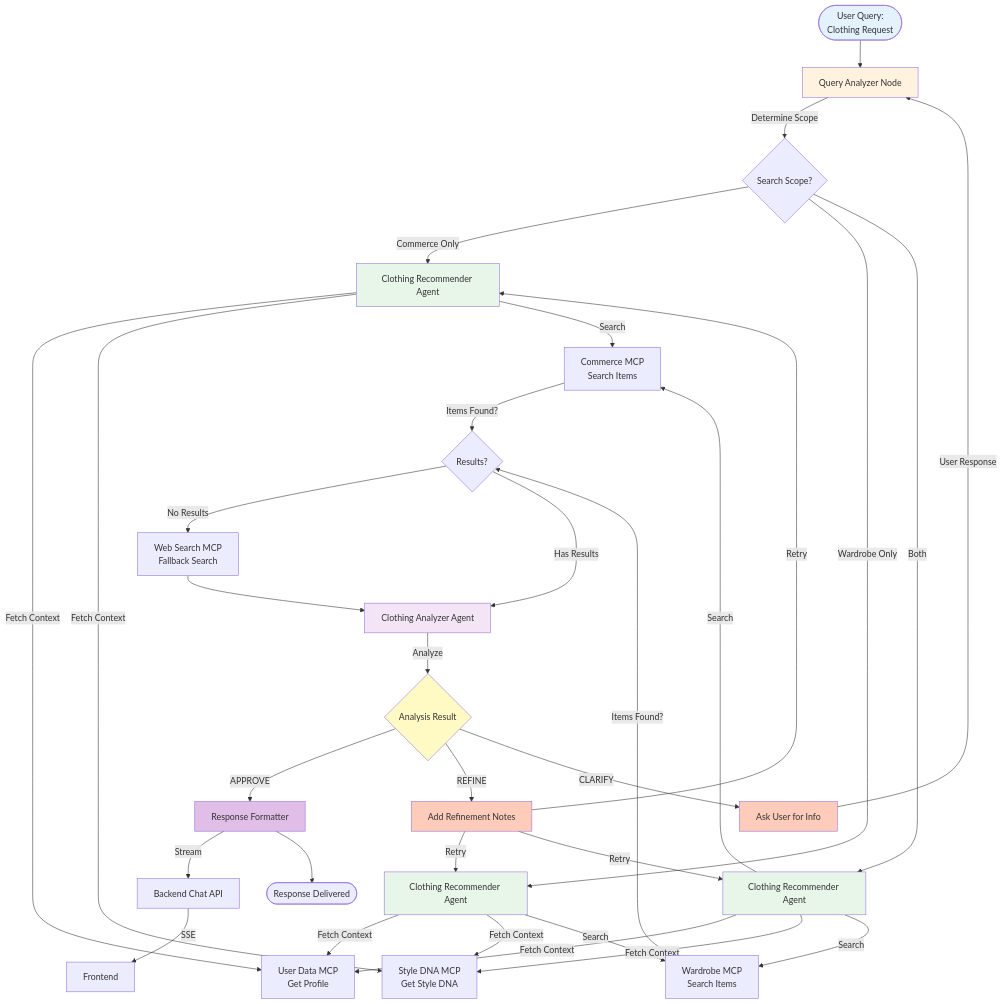
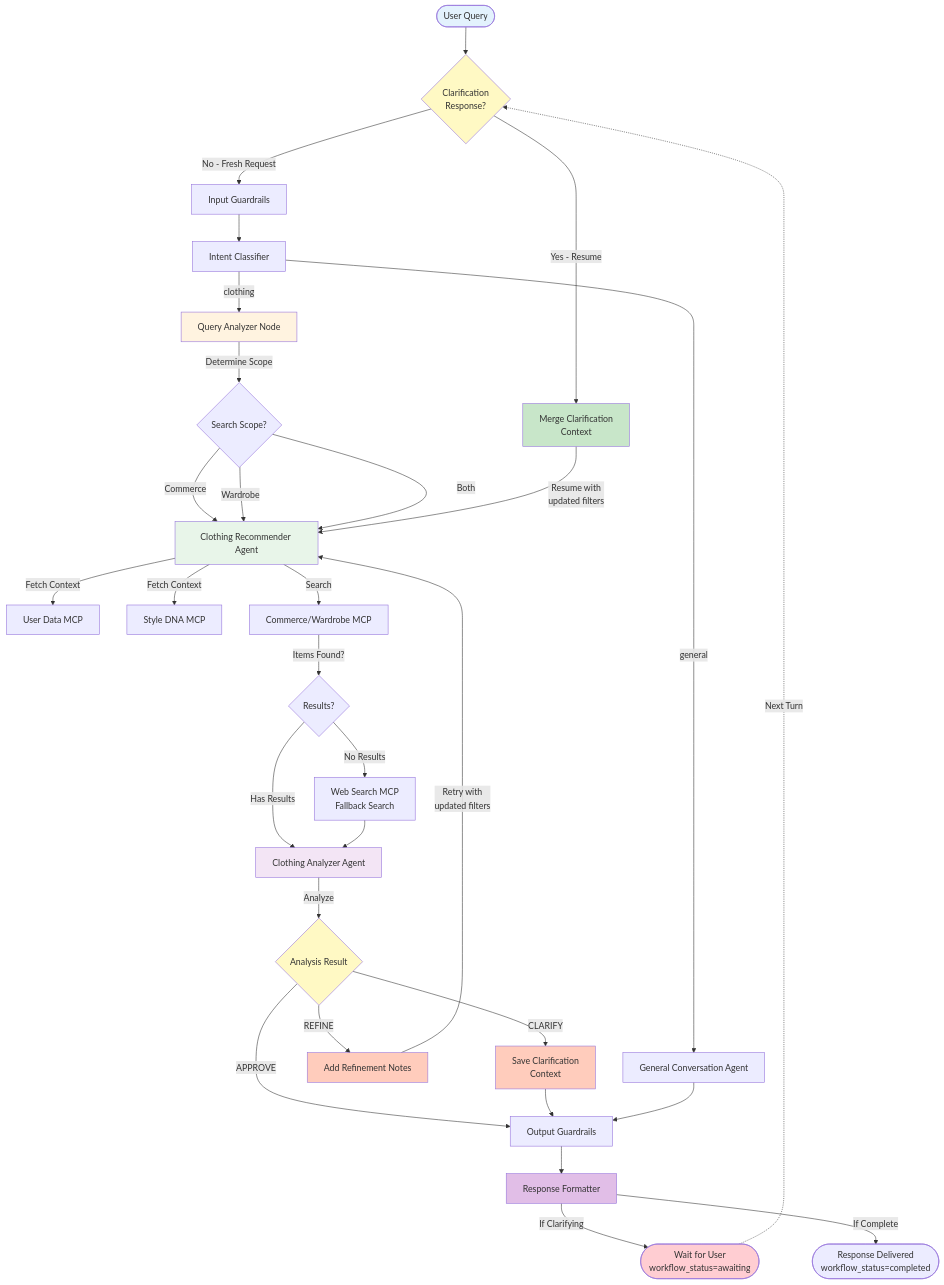
Before and after one commit to brscn2/aesthetiq: the second of 9 diagrams in python_engine/docs/MULTI_AGENT_FLOW_DIAGRAM.md, drawn with Mermaid. The commit also changed other lines of this file and 11 other files, not shown here.

````diff
--- a/python_engine/docs/MULTI_AGENT_FLOW_DIAGRAM.md
+++ b/python_engine/docs/MULTI_AGENT_FLOW_DIAGRAM.md
@@ -85,59 +85,59 @@
 ```mermaid
 graph TB
-    Start([User Query:<br/>Clothing Request]) --> QA[Query Analyzer Node]
+    Start([User Query]) --> CheckClarify{Clarification<br/>Response?}
+    
+    CheckClarify -->|No - Fresh Request| IG[Input Guardrails]
+    CheckClarify -->|Yes - Resume| Merge[Merge Clarification<br/>Context]
+    
+    IG --> IC[Intent Classifier]
+    IC -->|clothing| QA[Query Analyzer Node]
+    IC -->|general| GCA[General Conversation Agent]
     
     QA -->|Determine Scope| Scope{Search Scope?}
     
-    Scope -->|Commerce Only| CRA1[Clothing Recommender Agent]
-    Scope -->|Wardrobe Only| CRA2[Clothing Recommender Agent]
-    Scope -->|Both| CRA3[Clothing Recommender Agent]
+    Scope -->|Commerce| CRA[Clothing Recommender Agent]
+    Scope -->|Wardrobe| CRA
+    Scope -->|Both| CRA
     
-    CRA1 -->|Fetch Context| UD[User Data MCP<br/>Get Profile]
-    CRA1 -->|Fetch Context| SD[Style DNA MCP<br/>Get Style DNA]
-    CRA1 -->|Search| CS[Commerce MCP<br/>Search Items]
+    Merge -->|Resume with<br/>updated filters| CRA
     
-    CRA2 -->|Fetch Context| UD
-    CRA2 -->|Fetch Context| SD
-    CRA2 -->|Search| WS[Wardrobe MCP<br/>Search Items]
+    CRA -->|Fetch Context| UD[User Data MCP]
+    CRA -->|Fetch Context| SD[Style DNA MCP]
+    CRA -->|Search| MCP[Commerce/Wardrobe MCP]
     
-    CRA3 -->|Fetch Context| UD
-    CRA3 -->|Fetch Context| SD
-    CRA3 -->|Search| WS
-    CRA3 -->|Search| CS
-    
-    CS -->|Items Found?| Check1{Results?}
-    WS -->|Items Found?| Check1
+    MCP -->|Items Found?| Check1{Results?}
     
     Check1 -->|No Results| WSS[Web Search MCP<br/>Fallback Search]
     Check1 -->|Has Results| CAA[Clothing Analyzer Agent]
     WSS --> CAA
     
     CAA -->|Analyze| Analysis{Analysis Result}
     
-    Analysis -->|APPROVE| RF[Response Formatter]
+    Analysis -->|APPROVE| OG[Output Guardrails]
     Analysis -->|REFINE| Notes[Add Refinement Notes]
-    Analysis -->|CLARIFY| Ask[Ask User for Info]
+    Analysis -->|CLARIFY| SaveCtx[Save Clarification<br/>Context]
     
-    Notes -->|Retry| CRA1
-    Notes -->|Retry| CRA2
-    Notes -->|Retry| CRA3
+    Notes -->|Retry with<br/>updated filters| CRA
     
-    Ask -->|User Response| QA
+    SaveCtx --> OG
     
-    RF -->|Stream| Backend[Backend Chat API]
-    Backend -->|SSE| Frontend[Frontend]
+    OG --> RF[Response Formatter]
+    GCA --> OG
     
-    End([Response Delivered])
-    RF --> End
+    RF -->|If Clarifying| WaitUser([Wait for User<br/>workflow_status=awaiting])
+    RF -->|If Complete| End([Response Delivered<br/>workflow_status=completed])
+    
+    WaitUser -.->|Next Turn| CheckClarify
     
     style Start fill:#e3f2fd
+    style CheckClarify fill:#fff9c4
+    style Merge fill:#c8e6c9
     style QA fill:#fff3e0
-    style CRA1 fill:#e8f5e9
-    style CRA2 fill:#e8f5e9
-    style CRA3 fill:#e8f5e9
+    style CRA fill:#e8f5e9
     style CAA fill:#f3e5f5
     style RF fill:#e1bee7
     style Analysis fill:#fff9c4
     style Notes fill:#ffccbc
-    style Ask fill:#ffccbc
+    style SaveCtx fill:#ffccbc
+    style WaitUser fill:#ffcdd2
 ```
````
